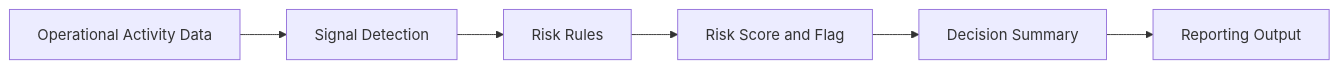
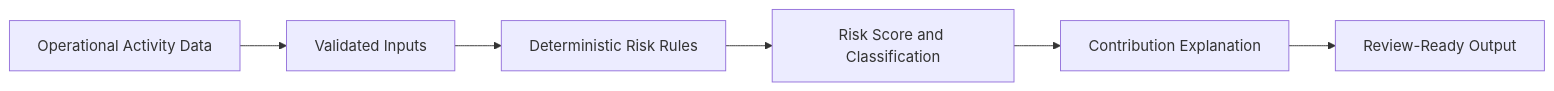
The diagram in README.md (arni1596/operational-risk-intelligence), drawn with Mermaid before and after one commit. The commit also changed other lines of this file and 7 other files, not shown here.

Commit message:
feat: add executable operational risk evaluation pipeline

````diff
--- a/README.md
+++ b/README.md
@@ -45,8 +47,8 @@
 ```mermaid
 flowchart LR
-    A["Operational Activity Data"] --> B["Signal Detection"]
-    B --> C["Risk Rules"]
-    C --> D["Risk Score and Flag"]
-    D --> E["Decision Summary"]
-    E --> F["Reporting Output"]
+    A["Operational Activity Data"] --> B["Validated Inputs"]
+    B --> C["Deterministic Risk Rules"]
+    C --> D["Risk Score and Classification"]
+    D --> E["Contribution Explanation"]
+    E --> F["Review-Ready Output"]
 ```
````
